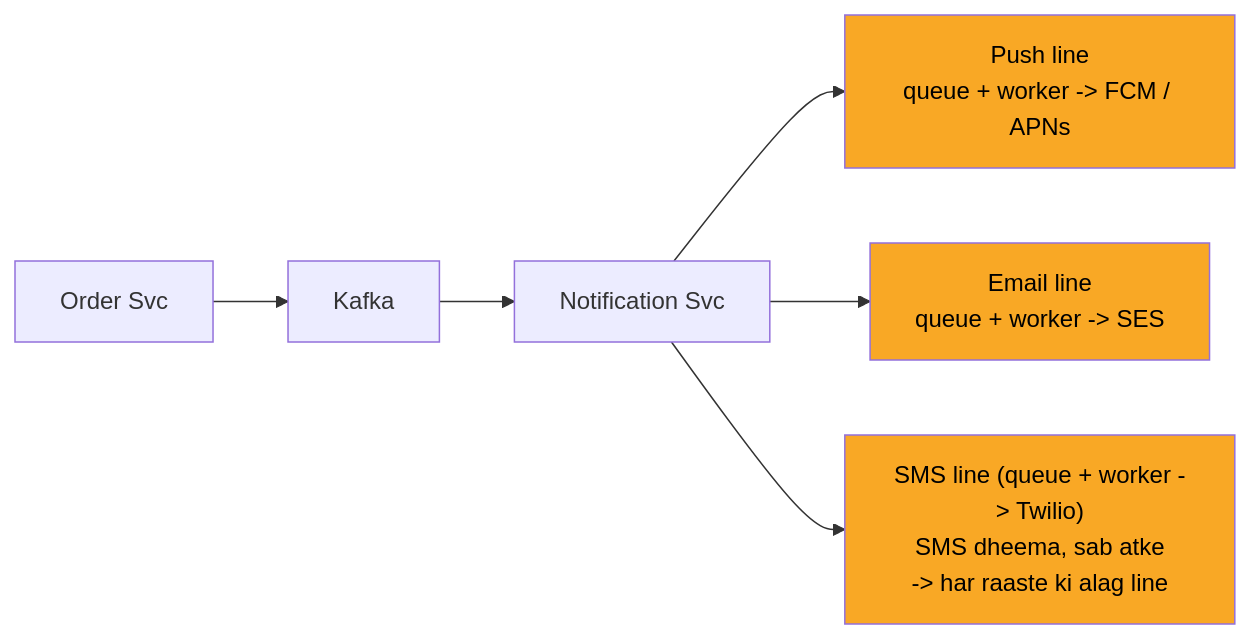
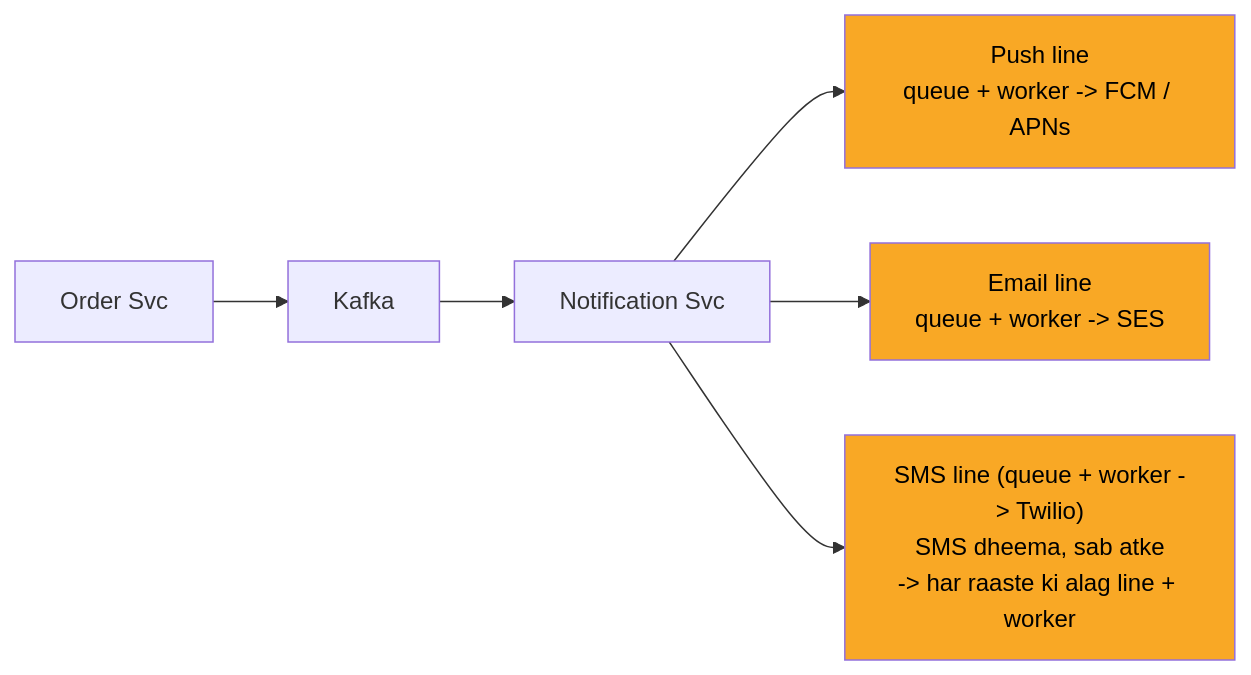
Before and after one commit to ArpanMaheshwari144/Prep: the third of 13 diagrams in 04_HLD/SYSTEM_DESIGNS/04_notification_system/04_notification_system.md, drawn with Mermaid. The commit also changed other lines of this file and 13 other files, not shown here.

````diff
--- a/04_HLD/SYSTEM_DESIGNS/04_notification_system/04_notification_system.md
+++ b/04_HLD/SYSTEM_DESIGNS/04_notification_system/04_notification_system.md
@@ -136,17 +136,17 @@
 ```mermaid
 flowchart LR
     n_Order_Svc["Order Svc"]
     n_Kafka["Kafka"]
     n_Notification_Svc["Notification Svc"]
     n_PUSH["Push line<br/>queue + worker -> FCM / APNs"]
     n_EMAIL["Email line<br/>queue + worker -> SES"]
-    n_SMSL["SMS line (queue + worker -> Twilio)<br/>SMS dheema, sab atke<br/>-> har raaste ki alag line"]
+    n_SMSL["SMS line (queue + worker -> Twilio)<br/>SMS dheema, sab atke<br/>-> har raaste ki alag line + worker"]
     n_Order_Svc --> n_Kafka
     n_Kafka --> n_Notification_Svc
     n_Notification_Svc --> n_PUSH
     n_Notification_Svc --> n_EMAIL
     n_Notification_Svc --> n_SMSL
     style n_PUSH fill:#f9a825,color:#000
     style n_EMAIL fill:#f9a825,color:#000
     style n_SMSL fill:#f9a825,color:#000
 ```
````
